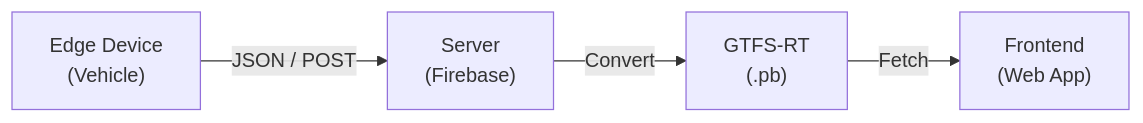
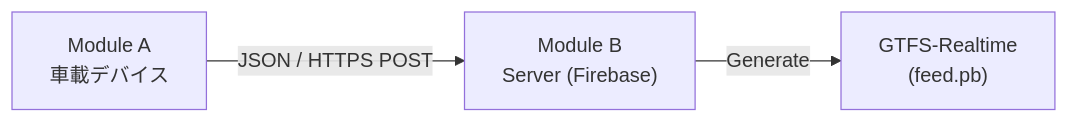
Before and after one commit to 2u8a/mizuho-basuroke: the diagram in docs/requirements_v1.1.md, drawn with Mermaid. The commit also changed other lines of this file, not shown here.

`````diff
--- a/docs/requirements_v1.1.md
+++ b/docs/requirements_v1.1.md
@@ -28,6 +42,5 @@
 ```mermaid
 graph LR
-    A["Edge Device<br/>(Vehicle)"] -->|JSON / POST| B["Server<br/>(Firebase)"]
-    B -->|Convert| C["GTFS-RT<br/>(.pb)"]
-    C -->|Fetch| D["Frontend<br/>(Web App)"]
-```
+    A["Module A<br/>車載デバイス"] -->|JSON / HTTPS POST| B["Module B<br/>Server (Firebase)"]
+    B -->|Generate| C["GTFS-Realtime<br/>(feed.pb)"]
+````
`````
